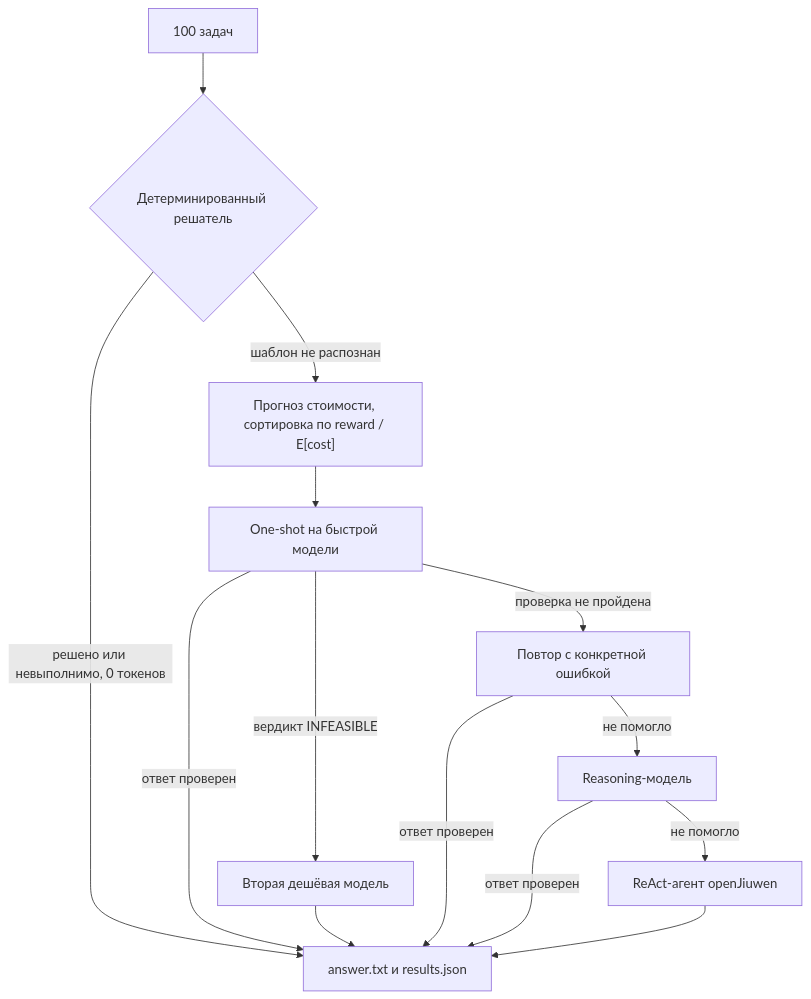
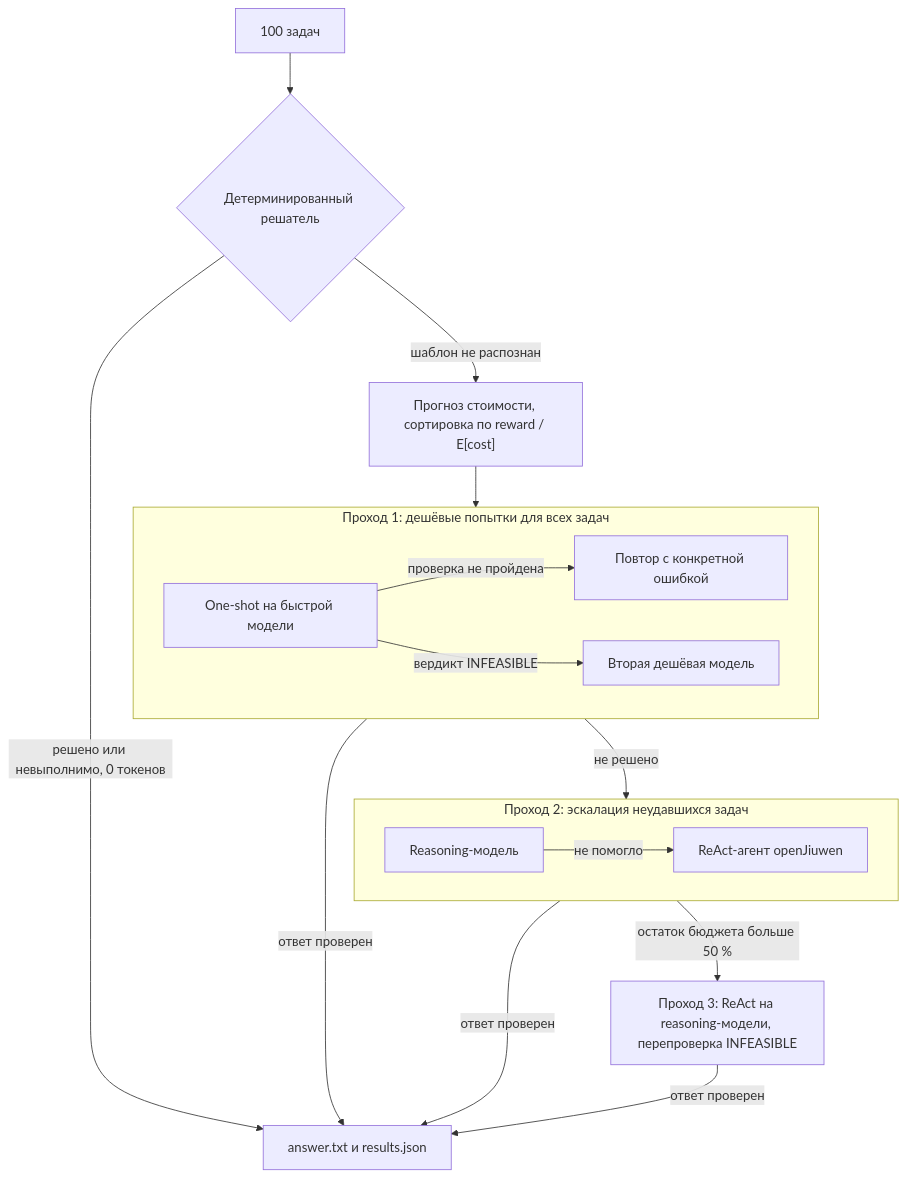
The diagram in README.md (Infibiss/open-jiuwen), drawn with Mermaid before and after one commit. The commit also changed other lines of this file and 18 other files, not shown here.

````diff
--- a/README.md
+++ b/README.md
@@ -109,16 +125,19 @@
 ```mermaid
 flowchart TD
     A["100 задач"] --> B{"Детерминированный решатель"}
     B -->|"решено или невыполнимо, 0 токенов"| Z["answer.txt и results.json"]
     B -->|"шаблон не распознан"| C["Прогноз стоимости, сортировка по reward / E[cost]"]
-    C --> D["One-shot на быстрой модели"]
-    D -->|"ответ проверен"| Z
-    D -->|"вердикт INFEASIBLE"| F["Вторая дешёвая модель"]
-    D -->|"проверка не пройдена"| E["Повтор с конкретной ошибкой"]
-    F --> Z
-    E -->|"ответ проверен"| Z
-    E -->|"не помогло"| G["Reasoning-модель"]
-    G -->|"ответ проверен"| Z
-    G -->|"не помогло"| H["ReAct-агент openJiuwen"]
-    H --> Z
+    C --> P1
+    subgraph P1["Проход 1: дешёвые попытки для всех задач"]
+        D["One-shot на быстрой модели"] -->|"проверка не пройдена"| E["Повтор с конкретной ошибкой"]
+        D -->|"вердикт INFEASIBLE"| F["Вторая дешёвая модель"]
+    end
+    P1 -->|"ответ проверен"| Z
+    P1 -->|"не решено"| P2
+    subgraph P2["Проход 2: эскалация неудавшихся задач"]
+        G["Reasoning-модель"] -->|"не помогло"| H["ReAct-агент openJiuwen"]
+    end
+    P2 -->|"ответ проверен"| Z
+    P2 -->|"остаток бюджета больше 50 %"| P3["Проход 3: ReAct на reasoning-модели, перепроверка INFEASIBLE"]
+    P3 -->|"ответ проверен"| Z
 ```
````
